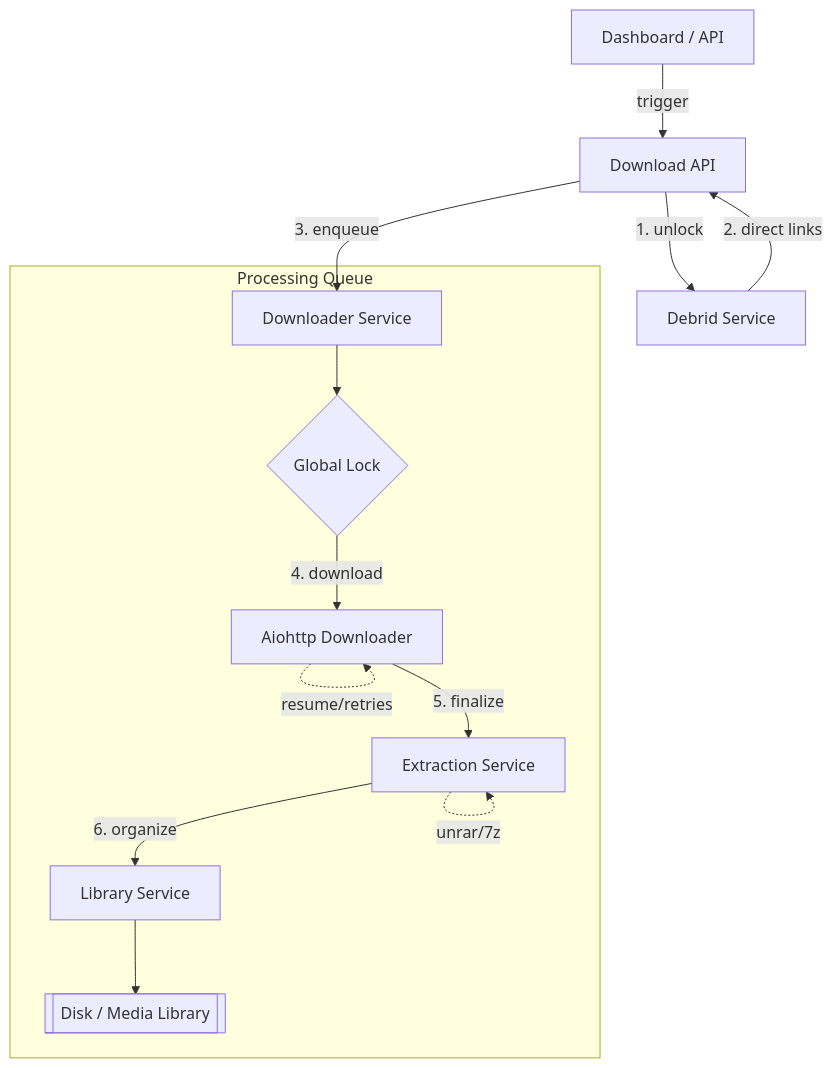
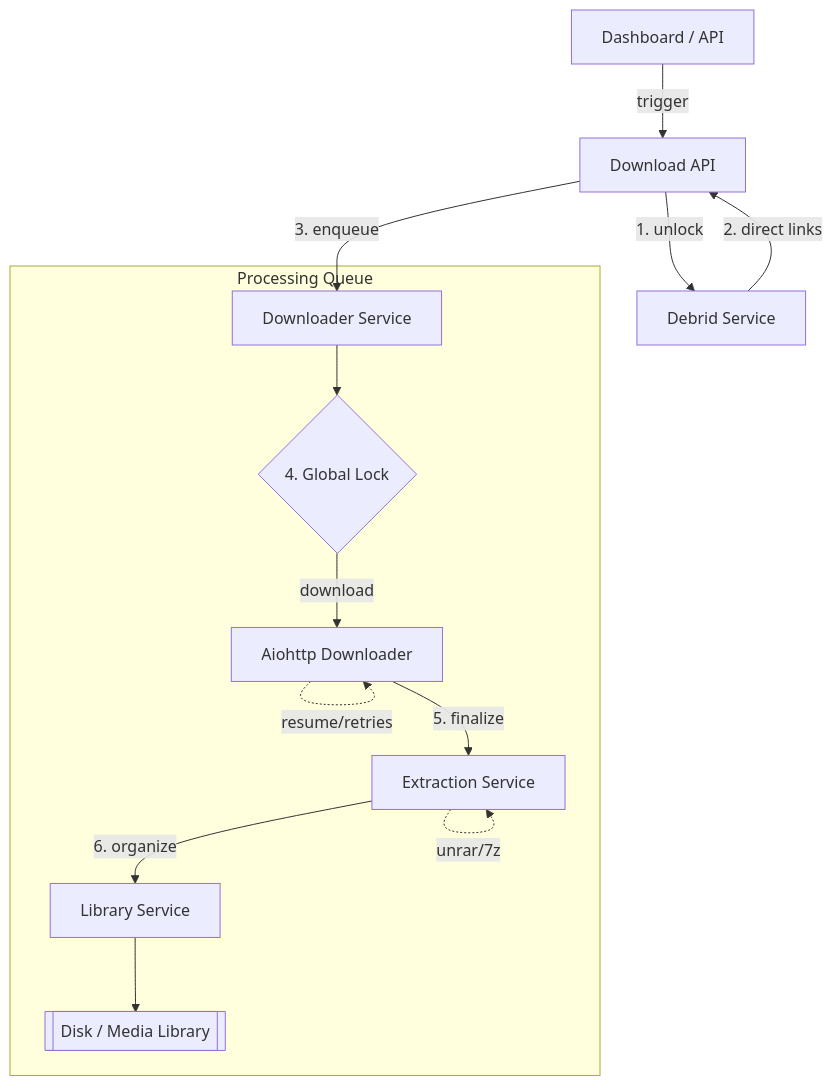
Before and after one commit to dmachard/DDL-tower: the second of 2 diagrams in README.md, drawn with Mermaid. The commit also changed other lines of this file, not shown here.

Commit message:
feat: add TMDB API key, comment out example scrapers, and update Mermaid workflow diagrams in README

````diff
--- a/README.md
+++ b/README.md
@@ -266,17 +266,17 @@
 ```mermaid
 graph TD
     UI[Dashboard / API] -->|trigger| API[Download API]
     API -->|1. unlock| DEB[Debrid Service]
     DEB -->|2. direct links| API
     API -->|3. enqueue| DL[Downloader Service]
     
     subgraph "Processing Queue"
-        DL --> LOCK{Global Lock}
-        LOCK -->|4. download| GET[Aiohttp Downloader]
+        DL --> LOCK{4. Global Lock}
+        LOCK -->|download| GET[Aiohttp Downloader]
         GET -.->|resume/retries| GET
         GET -->|5. finalize| EXT[Extraction Service]
         EXT -.->|unrar/7z| EXT
         EXT -->|6. organize| LIB[Library Service]
         LIB --> DISK[[Disk / Media Library]]
     end
 ```
````
